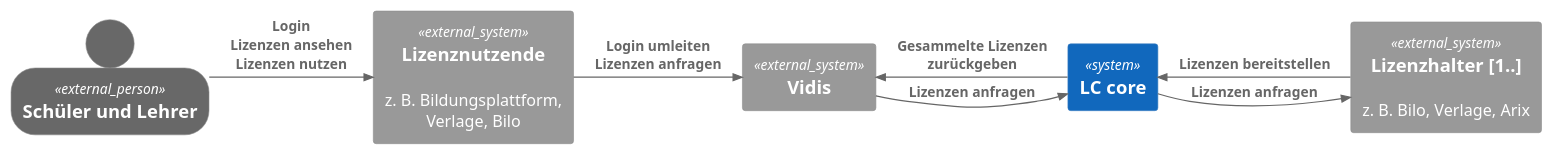
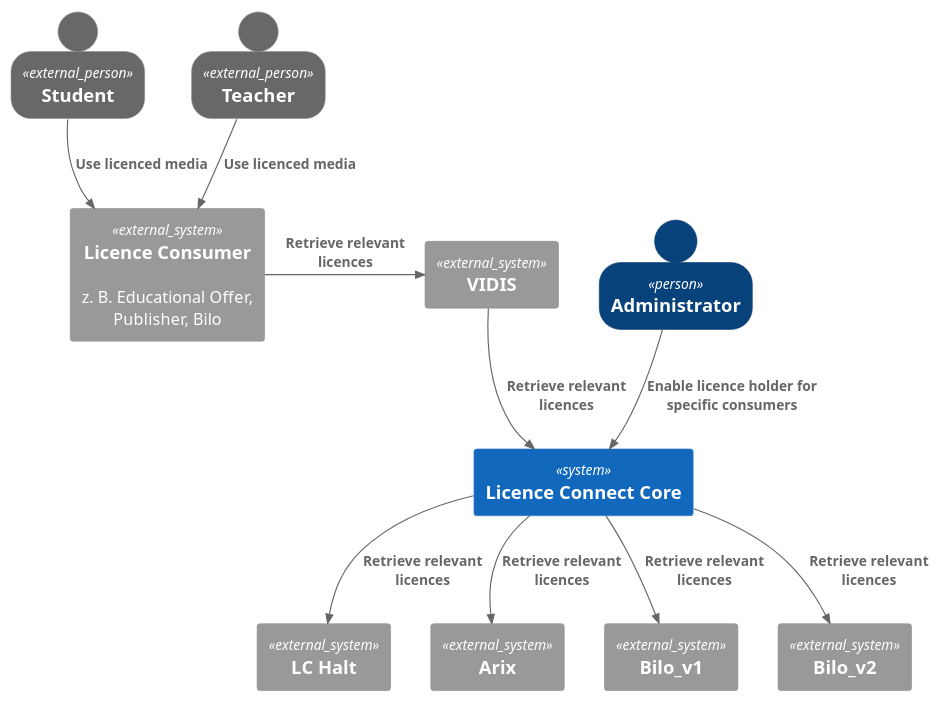
One commit to FWU-DE/licence-connect changed the diagram in doc/src/03_context_and_scope/index.adoc. Above: the diagram before and after it, drawn with PlantUML. The commit also changed other lines of this file and 10 other files, not shown here.

Commit message:
docs: Document LC Core architecture and LC Halt API

```diff
--- a/doc/src/03_context_and_scope/index.adoc
+++ b/doc/src/03_context_and_scope/index.adoc
@@ -8,29 +8,33 @@
 [plantuml]
 ----
-@startuml
+@startuml Context_and_Scope
 !include <C4/C4_Container>
 SHOW_PERSON_OUTLINE()
 
-Person_Ext(student, "Schüler und Lehrer", "")
+Person_Ext(student, "Student", "")
+Person_Ext(teacher, "Teacher", "")
+Person(admin, "Administrator", "")
 
-System_Ext(ln, "Lizenznutzende", "z. B. Bildungsplattform, Verlage, Bilo")
+System_Ext(licence_consumer, "Licence Consumer", "z. B. Educational Offer, Publisher, Bilo")
+System_Ext(vidis, "VIDIS", "")
 
-System_Ext(vidis, "Vidis", "")
+System(lc, "Licence Connect Core", "")
 
-System(lc, "LC core", "")
+System_Ext(lchalt, "LC Halt", "")
+System_Ext(arix, "Arix", "")
+System_Ext(bilo_v1, "Bilo_v1", "")
+System_Ext(bilo_v2, "Bilo_v2", "")
 
-System_Ext(lh, "Lizenzhalter [1..]", "z. B. Bilo, Verlage, Arix")
+Rel(student, licence_consumer, "Use licenced media", "")
+Rel(teacher, licence_consumer, "Use licenced media", "")
+Rel_R(licence_consumer, vidis, "Retrieve relevant licences", "")
+Rel(vidis, lc, "Retrieve relevant licences", "")
+Rel(lc, lchalt, "Retrieve relevant licences","")
+Rel(lc, arix, "Retrieve relevant licences","")
+Rel(lc, bilo_v1, "Retrieve relevant licences","")
+Rel(lc, bilo_v2, "Retrieve relevant licences","")
 
-
-Rel_R(student, ln, "Login\nLizenzen ansehen\nLizenzen nutzen", "")
-
-Rel_R(ln, vidis, "Login umleiten\nLizenzen anfragen", "")
-
-Rel_R(vidis, lc, "Lizenzen anfragen", "")
-Rel_L(lc, vidis, "Gesammelte Lizenzen zurückgeben", "")
-
-Rel_R(lc, lh, "Lizenzen anfragen","")
-Rel_L(lh, lc, "Lizenzen bereitstellen", "")
+Rel(admin, lc, "Enable licence holder for specific consumers")
 
 @enduml
 ----
```
